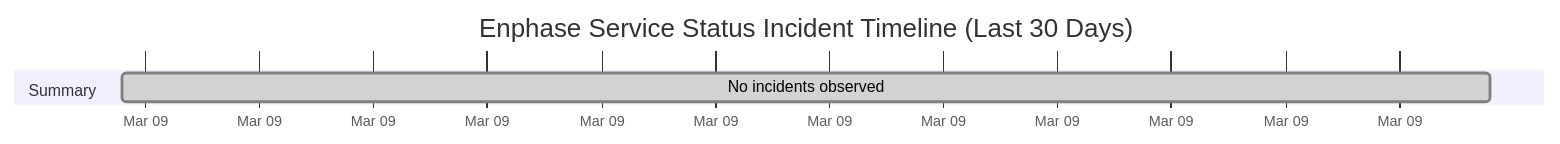
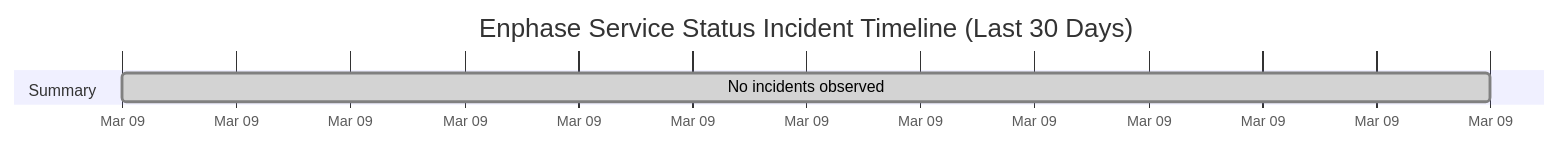
The diagram in wiki/Service-Status-History.md (barneyonline/ha-enphase-ev-charger), drawn with Mermaid before and after one commit. The commit also changed other lines of this file and 3 other files, not shown here.

````diff
--- a/wiki/Service-Status-History.md
+++ b/wiki/Service-Status-History.md
@@ -14,8 +14,8 @@
 ```mermaid
 gantt
     title Enphase Service Status Incident Timeline (Last 30 Days)
     dateFormat  YYYY-MM-DDTHH:mm:ss
     axisFormat  %b %d
     section Summary
-    No incidents observed :done, 2026-03-09T01:15:24, 1m
+    No incidents observed :done, 2026-03-09T04:08:00, 1m
 ```
````
